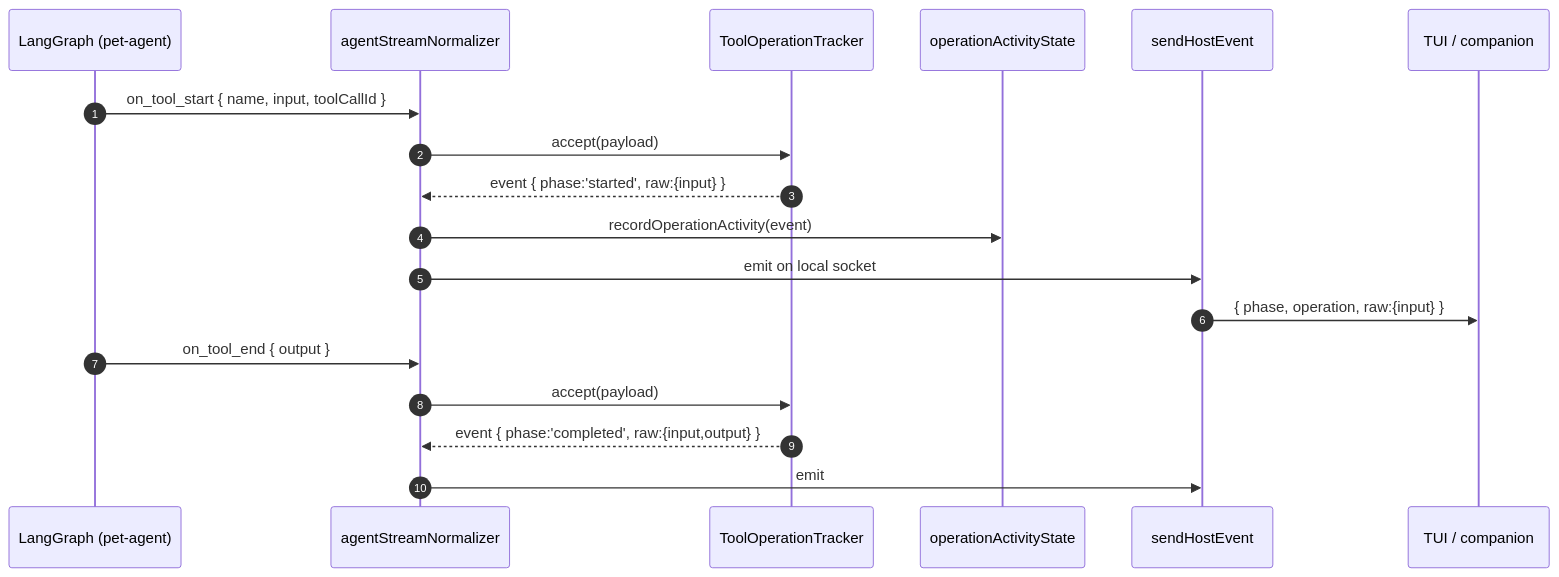
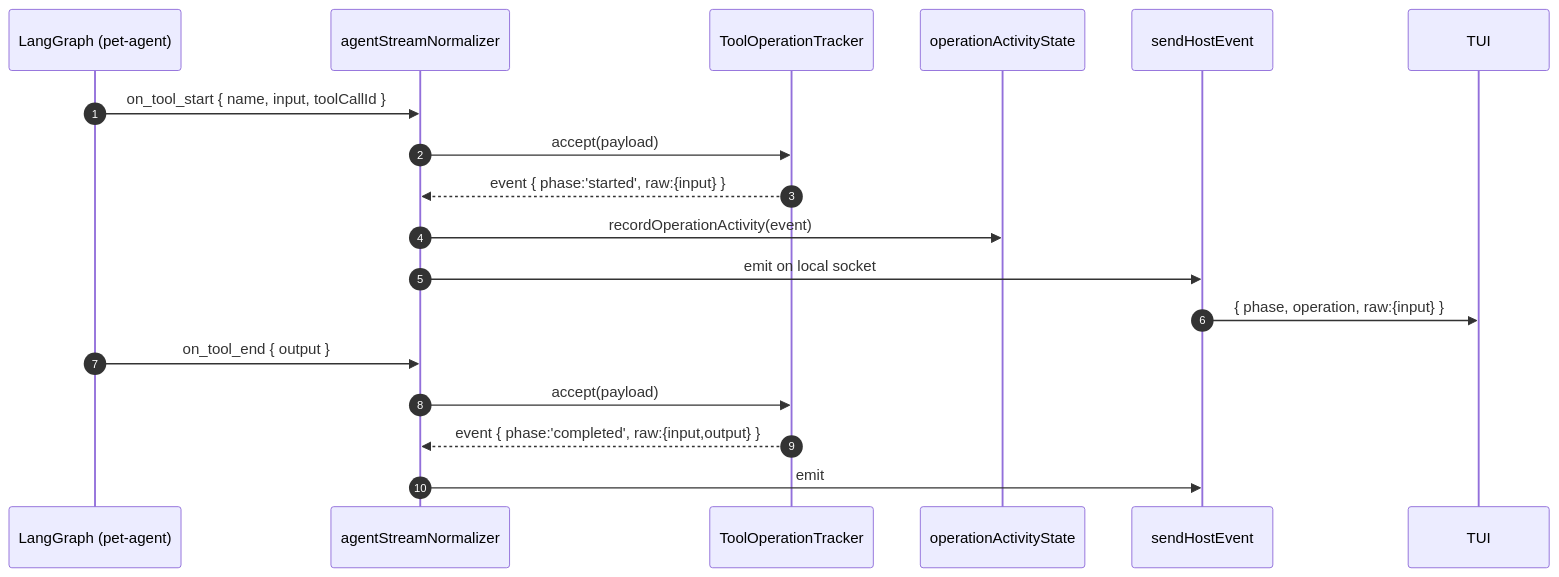
The second of 2 diagrams in services/host/docs/host-events.md (pinpawo/pinpawo-agent), drawn with Mermaid before and after one commit. The commit also changed other lines of this file and 48 other files, not shown here.

````diff
--- a/services/host/docs/host-events.md
+++ b/services/host/docs/host-events.md
@@ -69,22 +67,22 @@
 ```mermaid
 sequenceDiagram
   autonumber
   participant Graph as LangGraph (pet-agent)
   participant Norm as agentStreamNormalizer
   participant Track as ToolOperationTracker
   participant Act as operationActivityState
   participant Send as sendHostEvent
-  participant Local as TUI / companion
+  participant Local as TUI
 
   Graph->>Norm: on_tool_start { name, input, toolCallId }
   Norm->>Track: accept(payload)
   Track-->>Norm: event { phase:'started', raw:{input} }
   Norm->>Act: recordOperationActivity(event)
   Norm->>Send: emit on local socket
   Send->>Local: { phase, operation, raw:{input} }
 
   Graph->>Norm: on_tool_end { output }
   Norm->>Track: accept(payload)
   Track-->>Norm: event { phase:'completed', raw:{input,output} }
   Norm->>Send: emit
 ```
````
